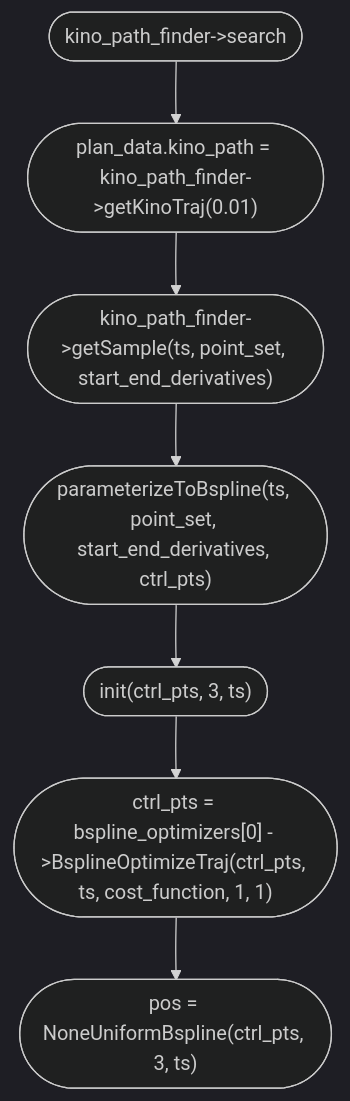
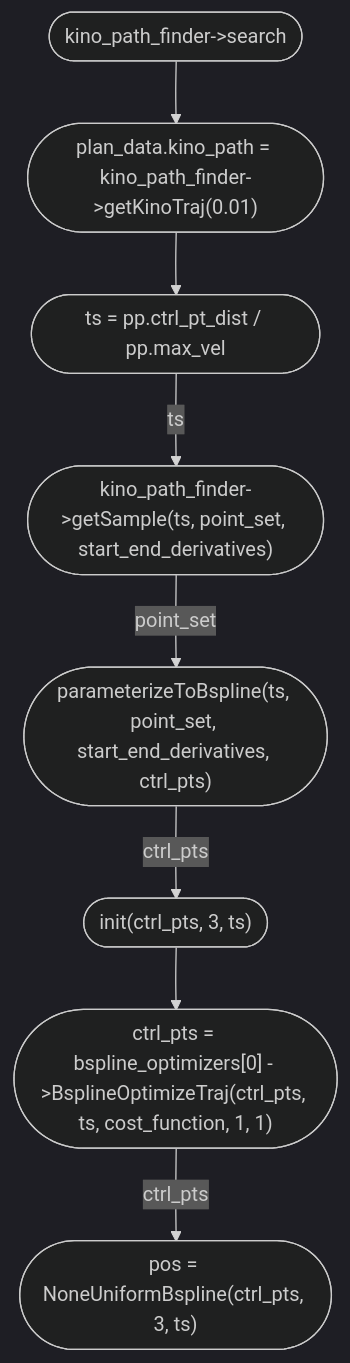
Before and after one commit to Dieptranivsr/drone_extend: the second of 3 diagrams in sp_code/create_table.md, drawn with Mermaid (dark theme).

````diff
--- a/sp_code/create_table.md
+++ b/sp_code/create_table.md
@@ -33,9 +33,10 @@
 ```mermaid
 flowchart TD
     id1(["kino_path_finder->search"]) --> id2(["plan_data.kino_path = kino_path_finder->getKinoTraj(0.01)"])
-    id2 --> id3(["kino_path_finder->getSample(ts, point_set, start_end_derivatives)"])
-    id3 --> id4(["parameterizeToBspline(ts, point_set, start_end_derivatives, ctrl_pts)"])
-    id4 --> id5(["init(ctrl_pts, 3, ts)"])
-    id5 --> id6(["ctrl_pts = bspline_optimizers[0] - >BsplineOptimizeTraj(ctrl_pts, ts, cost_function, 1, 1)"])
-    id6 --> id7(["pos = NoneUniformBspline(ctrl_pts, 3, ts)"])
+    id2 --> id3(["ts = pp.ctrl_pt_dist / pp.max_vel"])
+    id3 --> |ts| id4(["kino_path_finder->getSample(ts, point_set, start_end_derivatives)"])
+    id4 --> |point_set| id5(["parameterizeToBspline(ts, point_set, start_end_derivatives, ctrl_pts)"])
+    id5 --> |ctrl_pts| id6(["init(ctrl_pts, 3, ts)"])
+    id6 --> id7(["ctrl_pts = bspline_optimizers[0] - >BsplineOptimizeTraj(ctrl_pts, ts, cost_function, 1, 1)"])
+    id7 --> |ctrl_pts| id8(["pos = NoneUniformBspline(ctrl_pts, 3, ts)"])
 ```    
````
